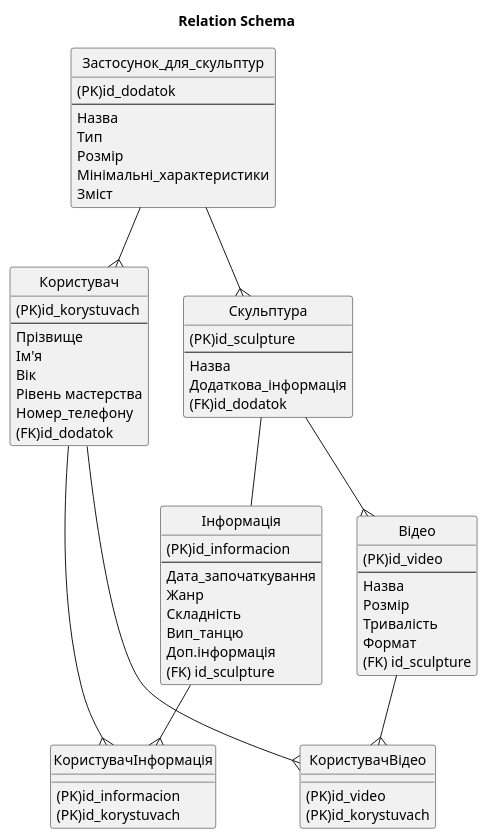
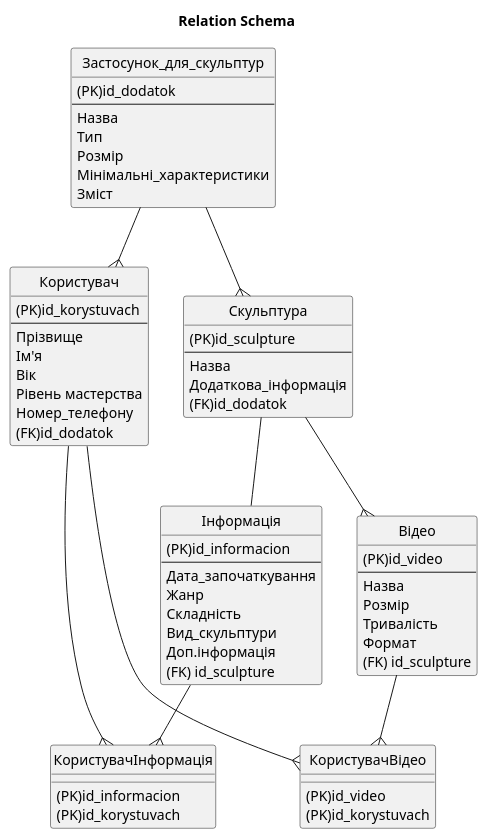
The diagram in 2.7-PlantUML/DataModel.puml (oleksandrblazhko/nai205-topuzanov), drawn with PlantUML before and after one commit.

```diff
--- a/2.7-PlantUML/DataModel.puml
+++ b/2.7-PlantUML/DataModel.puml
@@ -1,80 +1,80 @@
 @startuml
 title Relation Schema
 hide circle
 
 entity Користувач {
   (PK)id_korystuvach
   --
   Прізвище
   Ім'я
   Вік
   Рівень мастерства
   Номер_телефону
  (FK)id_dodatok
 }
 
 
 
 entity Інформація {
   (PK)id_informacion
   --
   Дата_започаткування
   Жанр
   Складність
-  Вип_танцю
+  Вид_скульптури
   Доп.інформація
  (FK) id_sculpture
 }
 
 entity Відео {
   (PK)id_video
   --
   Назва
   Розмір
   Тривалість
   Формат
   (FK) id_sculpture
 }
 
 entity Скульптура{
   (PK)id_sculpture
   --
  Назва
   Додаткова_інформація
   (FK)id_dodatok
 }
 
 entity Застосунок_для_скульптур {
   (PK)id_dodatok
   --
   Назва
   Тип
   Розмір
   Мінімальні_характеристики
   Зміст
 }
 
 entity КористувачІнформація {
   (PK)id_informacion
   (PK)id_korystuvach
 }
 
  entity КористувачВідео {
   (PK)id_video
   (PK)id_korystuvach
 }
 
 Користувач --{ КористувачВідео
 Відео --{ КористувачВідео
 
 Користувач --{ КористувачІнформація
 Інформація --{ КористувачІнформація
 
 Застосунок_для_скульптур --{ Скульптура
 
 Застосунок_для_скульптур --{ Користувач
 
 Скульптура-- Інформація
 
 Скульптура--{ Відео
 @enduml
```
